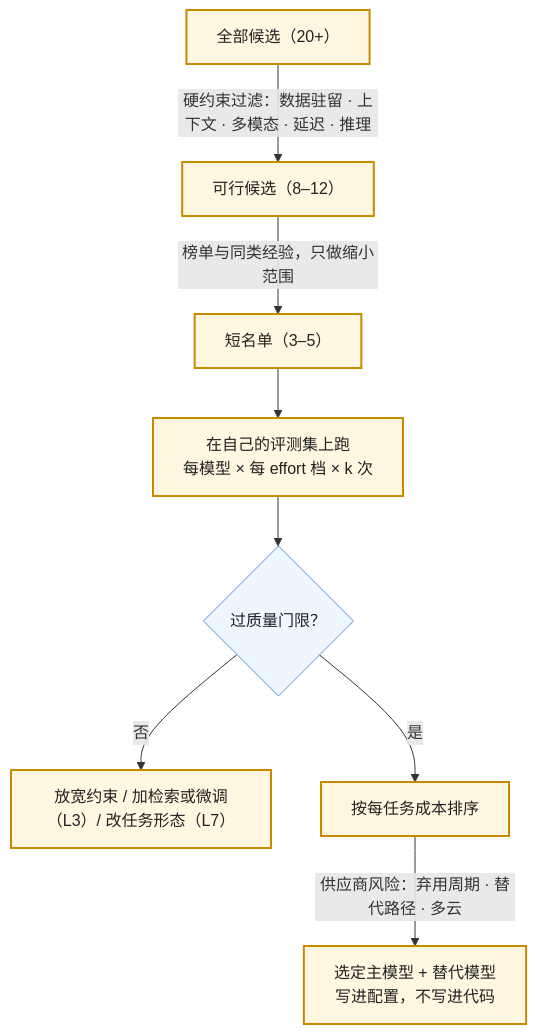
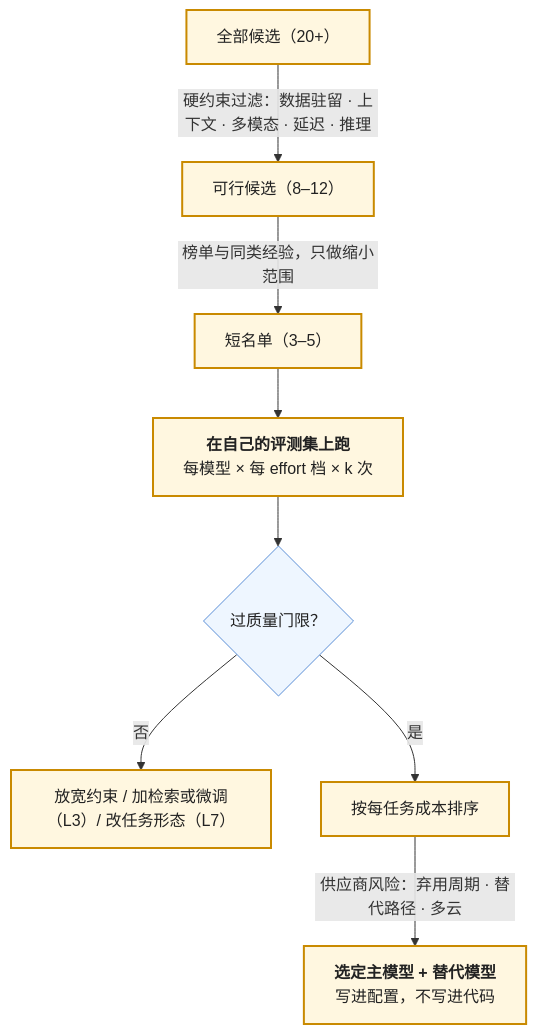
Before and after one commit to arganzheng/arganzheng.github.com: the first of 7 diagrams in _posts/2026-10-03-model-selection-beyond-leaderboards.md, drawn with Mermaid. The commit also changed other lines of this file and 6 other files, not shown here.

First line of the commit message:
模型作为组件：契约、失效模式与选型：Mermaid 多行方框的首行标为标题（7 篇）

````diff
--- a/_posts/2026-10-03-model-selection-beyond-leaderboards.md
+++ b/_posts/2026-10-03-model-selection-beyond-leaderboards.md
@@ -33,16 +33,16 @@
 ```mermaid
 %% 图：选型的四步漏斗：硬约束过滤、榜单缩短名单、自己的评测集上跑、按每任务成本与供应商风险决定
 flowchart TB
     A["全部候选（20+）"] -->|"硬约束过滤：数据驻留 · 上下文 · 多模态 · 延迟 · 推理"| C["可行候选（8–12）"]
     C -->|"榜单与同类经验，只做缩小范围"| E["短名单（3–5）"]
-    E --> F["在自己的评测集上跑<br/>每模型 × 每 effort 档 × k 次"]
+    E --> F["<b>在自己的评测集上跑</b><br/>每模型 × 每 effort 档 × k 次"]
     F --> G{"过质量门限？"}
     G -->|"否"| H["放宽约束 / 加检索或微调（L3）/ 改任务形态（L7）"]
     G -->|"是"| I["按每任务成本排序"]
-    I -->|"供应商风险：弃用周期 · 替代路径 · 多云"| K["选定主模型 + 替代模型<br/>写进配置，不写进代码"]
+    I -->|"供应商风险：弃用周期 · 替代路径 · 多云"| K["<b>选定主模型 + 替代模型</b><br/>写进配置，不写进代码"]
 
     classDef step fill:#fff7e0,stroke:#c98a00,stroke-width:2px,color:#222
     classDef dec fill:#eef6ff,stroke:#5b8fd6,color:#222
     class A,C,E,F,I,K,H step
     class G dec
 ```
````
